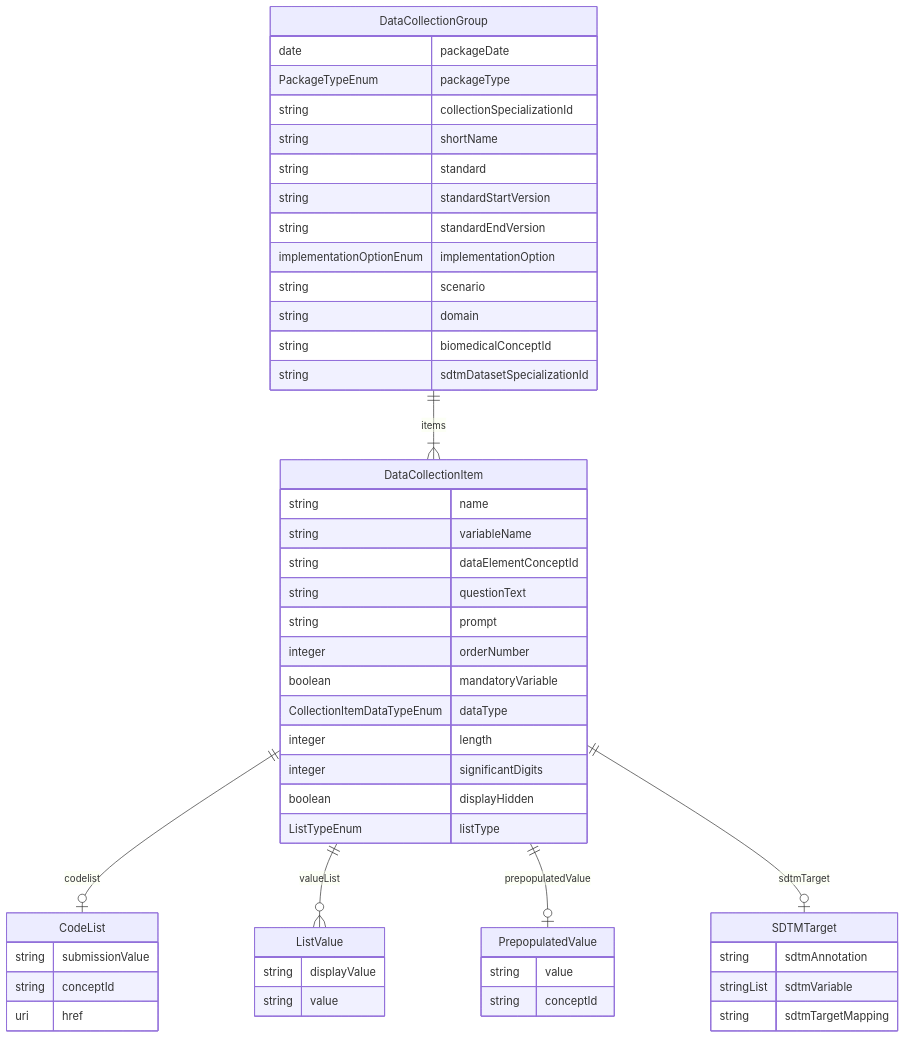
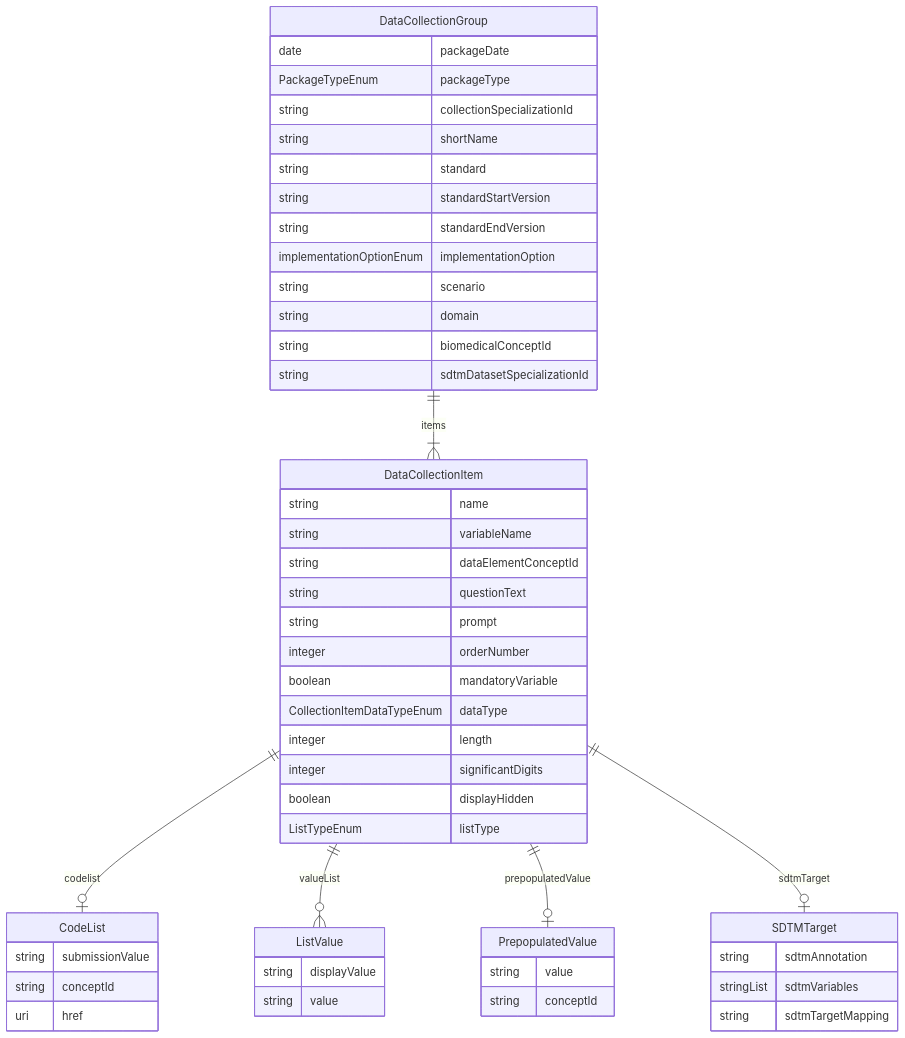
One commit to cdisc-org/COSMoS changed the diagram in model/cosmos_collection_bc_model.md. Above: the diagram before and after it, drawn with Mermaid. The commit also changed 20 other files, not shown here.

Commit message:
change sdtmVariable to sdtmVariables

````diff
--- a/model/cosmos_collection_bc_model.md
+++ b/model/cosmos_collection_bc_model.md
@@ -1,56 +1,56 @@
 ```mermaid
 erDiagram
 DataCollectionGroup {
     date packageDate  
     PackageTypeEnum packageType  
     string collectionSpecializationId  
     string shortName  
     string standard  
     string standardStartVersion  
     string standardEndVersion  
     implementationOptionEnum implementationOption  
     string scenario  
     string domain  
     string biomedicalConceptId  
     string sdtmDatasetSpecializationId  
 }
 DataCollectionItem {
     string name  
     string variableName  
     string dataElementConceptId  
     string questionText  
     string prompt  
     integer orderNumber  
     boolean mandatoryVariable  
     CollectionItemDataTypeEnum dataType  
     integer length  
     integer significantDigits  
     boolean displayHidden  
     ListTypeEnum listType  
 }
 ListValue {
     string displayValue  
     string value  
 }
 PrepopulatedValue {
     string value  
     string conceptId  
 }
 CodeList {
     string submissionValue  
     string conceptId  
     uri href  
 }
 SDTMTarget {
     string sdtmAnnotation  
-    stringList sdtmVariable  
+    stringList sdtmVariables  
     string sdtmTargetMapping  
 }
 
 DataCollectionGroup ||--}| DataCollectionItem : "items"
 DataCollectionItem ||--|o CodeList : "codelist"
 DataCollectionItem ||--}o ListValue : "valueList"
 DataCollectionItem ||--|o PrepopulatedValue : "prepopulatedValue"
 DataCollectionItem ||--|o SDTMTarget : "sdtmTarget"
 
 ```
````
